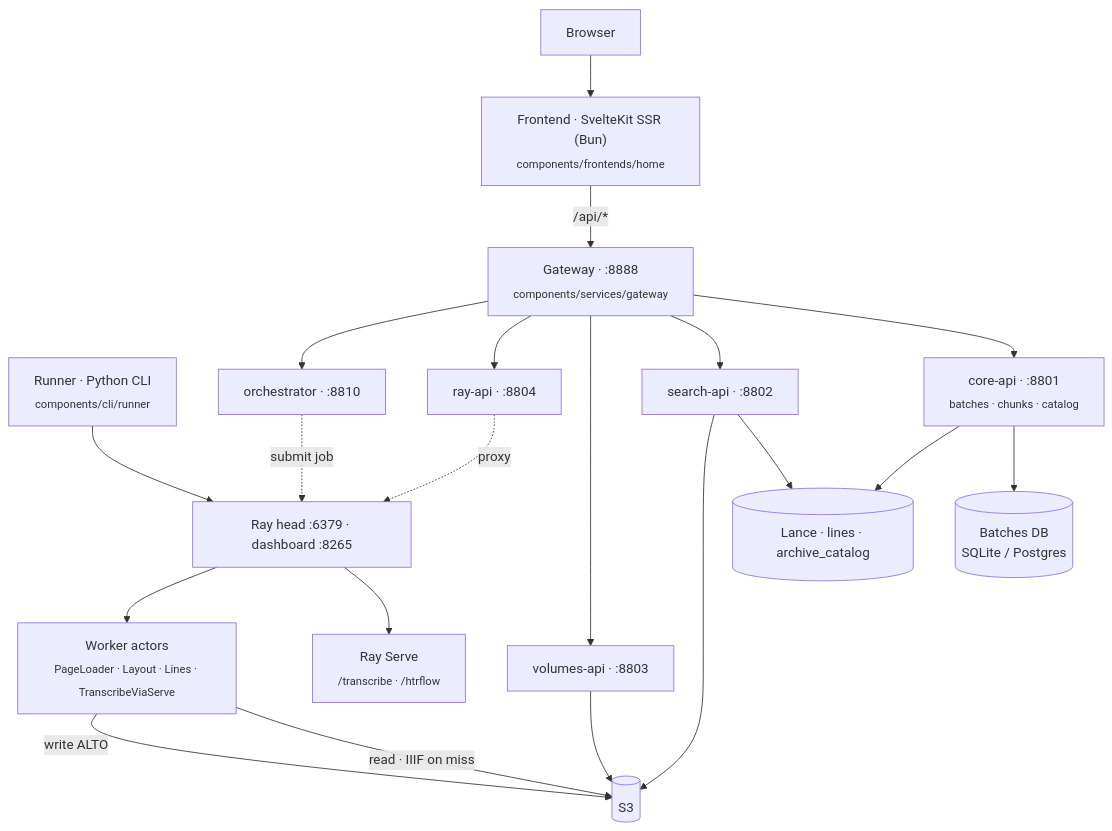
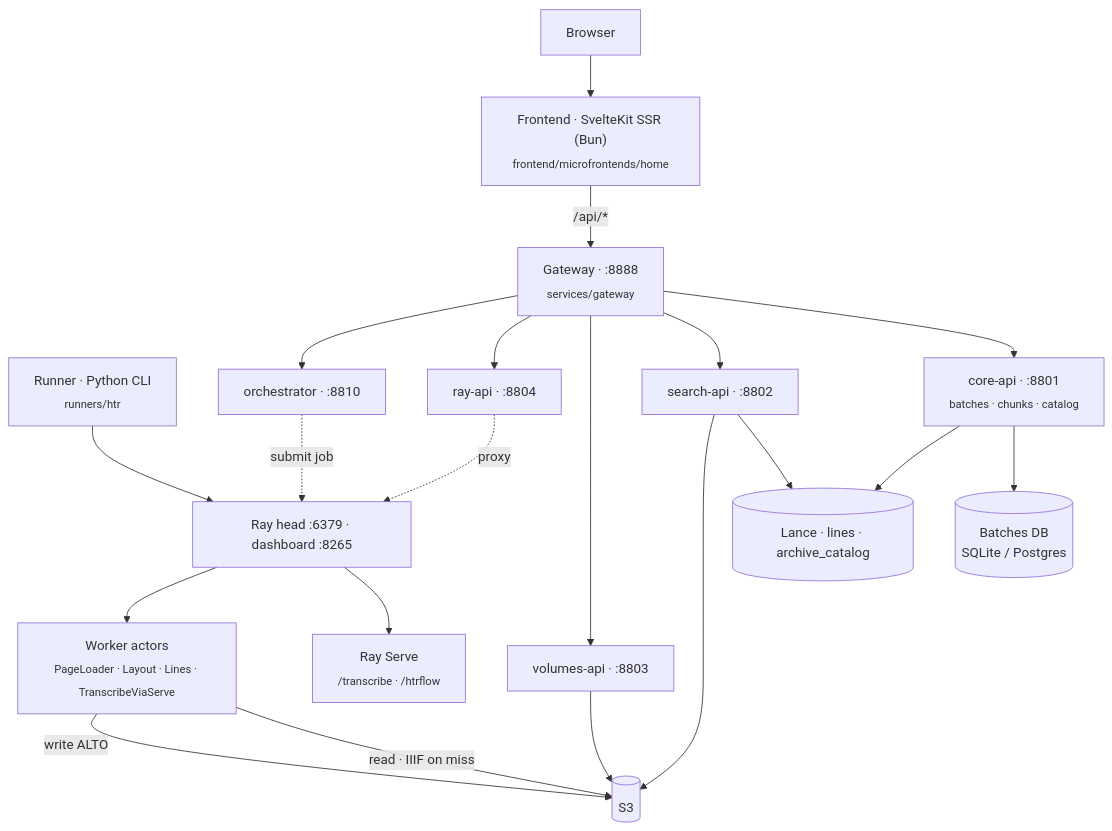
The diagram in docs/architecture/index.md (AI-Riksarkivet/rask), drawn with Mermaid before and after one commit. The commit also changed other lines of this file and 519 other files, not shown here.

First line of the commit message:
refactor(repo)!: two language-pure planes + a sealed HTR runner

````diff
--- a/docs/architecture/index.md
+++ b/docs/architecture/index.md
@@ -27,22 +27,22 @@
 ```mermaid
 flowchart TB
-    browser["Browser"] --> spa["Frontend · SvelteKit SSR (Bun)<br/><sub>components/frontends/home</sub>"]
-    spa -->|"/api/*"| gw["Gateway · :8888<br/><sub>components/services/gateway</sub>"]
-    cli["Runner · Python CLI<br/><sub>components/cli/runner</sub>"] --> head
+    browser["Browser"] --> spa["Frontend · SvelteKit SSR (Bun)<br/><sub>frontend/microfrontends/home</sub>"]
+    spa -->|"/api/*"| gw["Gateway · :8888<br/><sub>services/gateway</sub>"]
+    cli["Runner · Python CLI<br/><sub>runners/htr</sub>"] --> head
     gw --> core["core-api · :8801<br/><sub>batches · chunks · catalog</sub>"]
     gw --> search["search-api · :8802"]
     gw --> volumes["volumes-api · :8803"]
     gw --> rayapi["ray-api · :8804"]
     gw --> orch["orchestrator · :8810"]
     core --> db[("Batches DB<br/>SQLite / Postgres")]
     core --> lance[("Lance · lines · archive_catalog")]
     search --> lance
     search --> s3[("S3")]
     volumes --> s3
     rayapi -.->|proxy| head["Ray head :6379 · dashboard :8265"]
     orch -.->|submit job| head
     head --> serve["Ray Serve<br/><sub>/transcribe · /htrflow</sub>"]
     head --> workers["Worker actors<br/><sub>PageLoader · Layout · Lines · TranscribeViaServe</sub>"]
     workers -->|read · IIIF on miss| s3
     workers -->|write ALTO| s3
 ```
````
